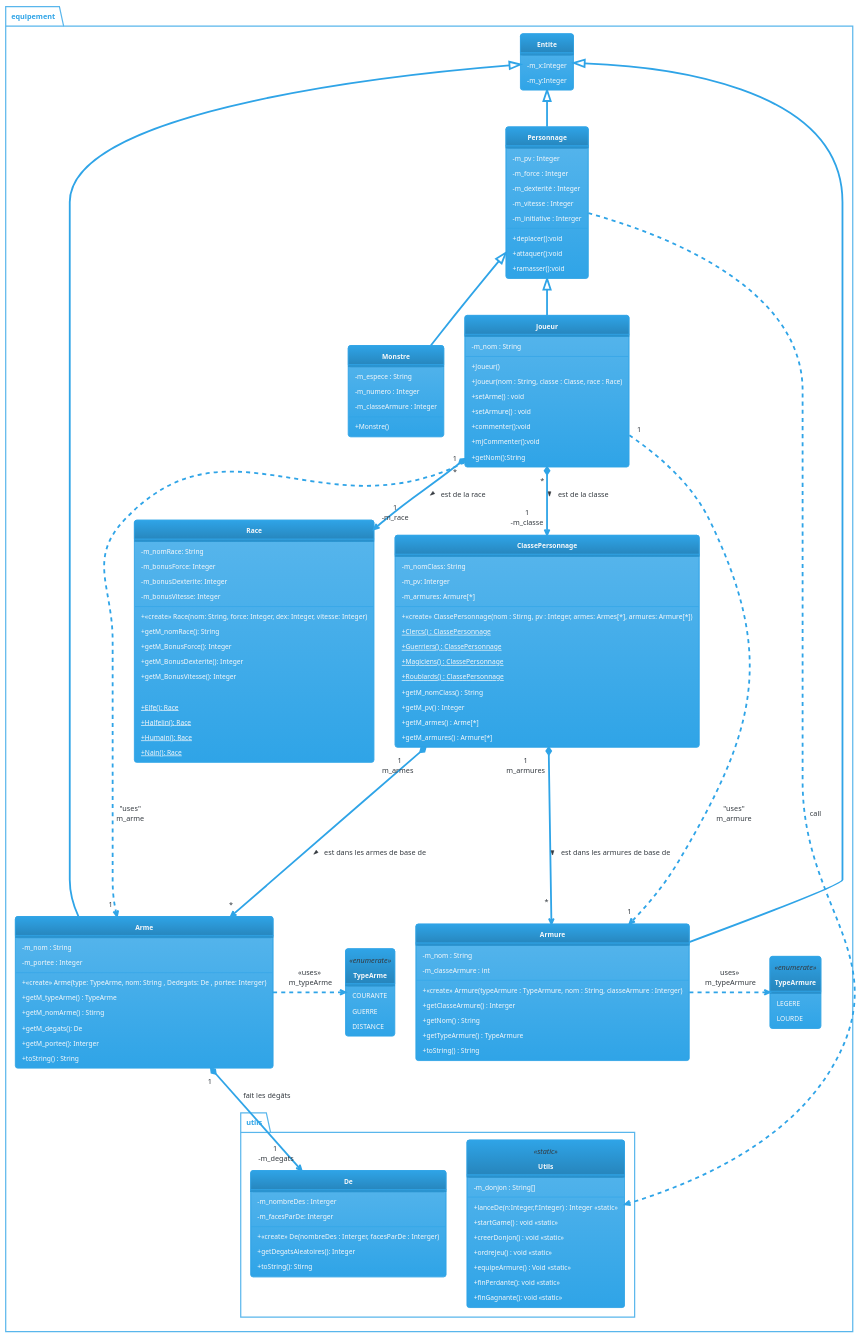
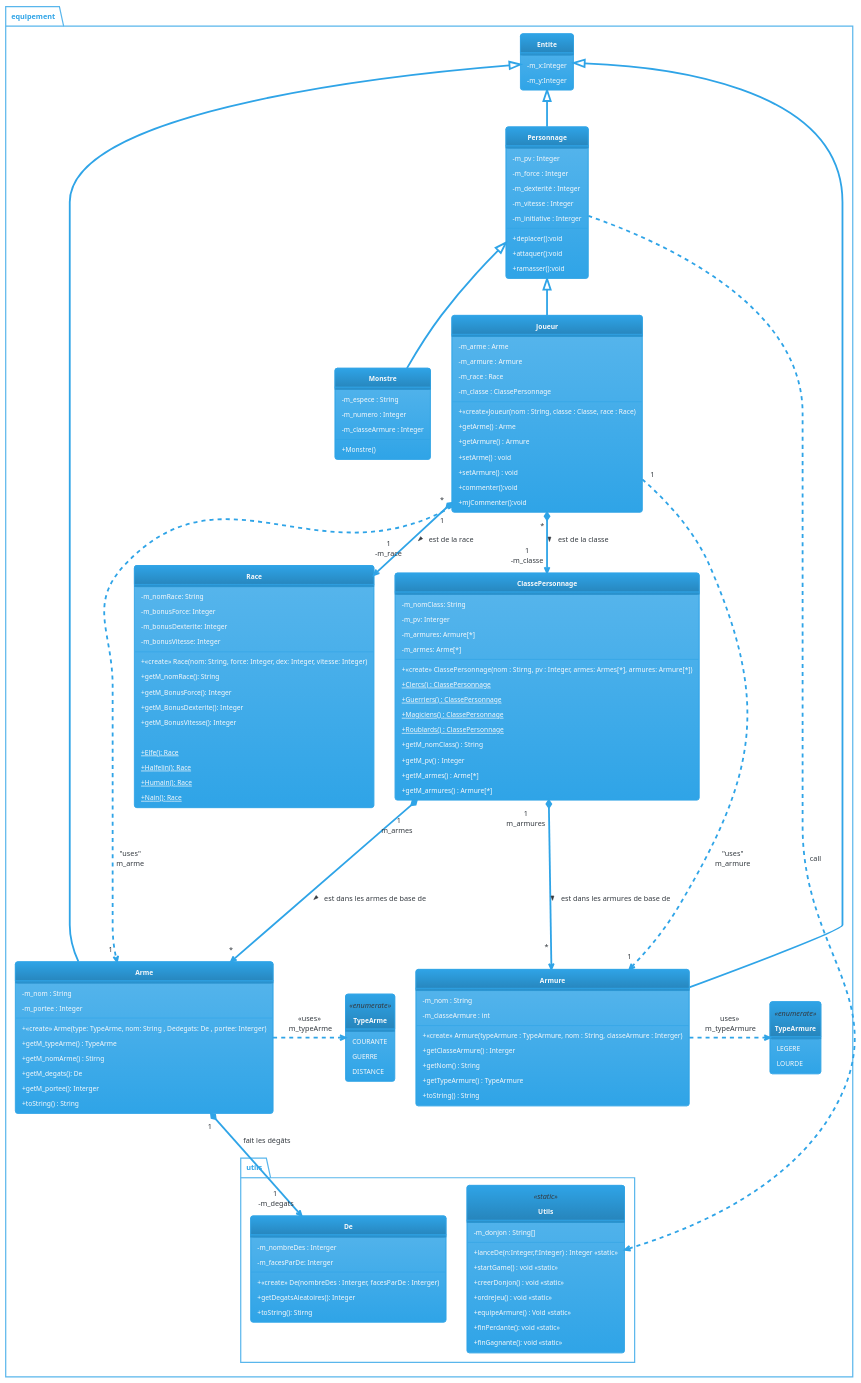
The diagram in uml/semaine2.puml (AbdullahPro2/DOOnjon-Dragon), drawn with PlantUML before and after one commit.

Commit message:
legère modification uml

```diff
--- a/uml/semaine2.puml
+++ b/uml/semaine2.puml
@@ -1,157 +1,161 @@
 @startuml
 'https://plantuml.com/use-case-diagram
 !theme cerulean
 skinparam style strictuml
 skinparam classFontStyle Bold
 skinparam classAttributeIconSize 0
 hide empty members
 
 package equipement
 {
 
 ' Class Arme
   class Arme{
     -m_nom : String
     - m_portee : Integer
     + <<create>> Arme(type: TypeArme, nom: String , Dedegats: De , portee: Interger)
     + getM_typeArme() : TypeArme
     + getM_nomArme() : Stirng
     + getM_degats(): De
     + getM_portee(): Interger
     + toString() : String
 }
   enum TypeArme <<enumerate>>
   {
   COURANTE
   GUERRE
   DISTANCE
   }
 ' Class Armure
 class Armure{
     -m_nom : String
     - m_classeArmure : int
     + <<create>> Armure(typeArmure : TypeArmure, nom : String, classeArmure : Interger)
     + getClasseArmure() : Interger
     + getNom() : String
     + getTypeArmure() : TypeArmure
     + toString() : String
 }
 
 enum TypeArmure <<enumerate>>
 {
   LEGERE
   LOURDE
 }
 
 class Entite{
     -m_x:Integer
     -m_y:Integer
 }
 
 class Personnage{
     -m_pv : Integer
     -m_force : Integer
     -m_dexterité : Integer
     -m_vitesse : Integer
     -m_initiative : Interger
     +deplacer():void
     +attaquer():void
     +ramasser():void
 }
 
 class Joueur{
-    -m_nom : String
-    +Joueur()
-    +Joueur(nom : String, classe : Classe, race : Race)
+    -m_arme : Arme
+    -m_armure : Armure
+    -m_race : Race
+    -m_classe : ClassePersonnage
+    +<<create>>Joueur(nom : String, classe : Classe, race : Race)
+    +getArme() : Arme
+    +getArmure() : Armure
     +setArme() : void
     +setArmure() : void
     +commenter():void
     +mjCommenter():void
-    +getNom():String
 }
 
 class Monstre {
     +Monstre()
     -m_espece : String
     -m_numero : Integer
     -m_classeArmure : Integer
 }
 
 class ClassePersonnage {
    - m_nomClass: String
    - m_pv: Interger
    - m_armures: Armure[*]
+   -m_armes: Arme[*]
 
    + <<create>> ClassePersonnage(nom : Stirng, pv : Integer, armes: Armes[*], armures: Armure[*])
    + {static} Clercs() : ClassePersonnage
    + {static} Guerriers() : ClassePersonnage
    + {static} Magiciens() : ClassePersonnage
    + {static} Roublards() : ClassePersonnage
    + getM_nomClass() : String
    + getM_pv() : Integer
    + getM_armes() : Arme[*]
    + getM_armures() : Armure[*]
 }
 
 class Race {
   - m_nomRace: String
   - m_bonusForce: Integer
   - m_bonusDexterite: Integer
   - m_bonusVitesse: Integer
 
   + <<create>> Race(nom: String, force: Integer, dex: Integer, vitesse: Integer)
   + getM_nomRace(): String
   + getM_BonusForce(): Integer
   + getM_BonusDexterite(): Integer
   + getM_BonusVitesse(): Integer
 
   + {static} Elfe(): Race
   + {static} Halfelin(): Race
   + {static} Humain(): Race
   + {static} Nain(): Race
 }
 
 package utils
 {
   class Utils <<static>>{
     -m_donjon : String[]
     +lanceDe(n:Integer,f:Integer) : Integer <<static>>
     +startGame() : void <<static>>
     +creerDonjon() : void <<static>>
     +ordreJeu() : void <<static>>
     +equipeArmure() : Void <<static>>
     +finPerdante(): void <<static>>
     +finGagnante(): void <<static>>
   }
   class De
   {
     - m_nombreDes : Interger
     - m_facesParDe: Interger
     + <<create>> De(nombreDes : Interger, facesParDe : Interger)
     + getDegatsAleatoires(): Integer
     + toString(): Stirng
   }
 }
 
 Personnage <|-- Joueur
 Personnage <|-- Monstre
 Entite <|-- Personnage
 Entite <|-- Arme
 Entite <|-- Armure
 Joueur "*" *--> "1\n-m_classe" ClassePersonnage :  est de la classe >
 ' Relation de Classe de Personnage
 ClassePersonnage "1\nm_armes  " *----> "*" Arme:est dans les armes de base de >
 ClassePersonnage "1\nm_armures" *----> "*\n" Armure : est dans les armures de base de >
 
 
 Personnage .> Utils : "«call»"
 Joueur "*" *--> "1\n-m_race" Race :  est de la race >
 Joueur "1" .> "1" Arme : "uses"\nm_arme
 Joueur "1" .> "1" Armure : "uses"\nm_armure
 
 ' Class Arme Relations
 Arme .> TypeArme : "«uses»\n m_typeArme"
 Arme "1" *--> "1\n -m_degats" De : fait les dégâts
 ' Class Armure Relations
 Armure .> TypeArmure : "«uses»\n m_typeArmure""
 @enduml
```
